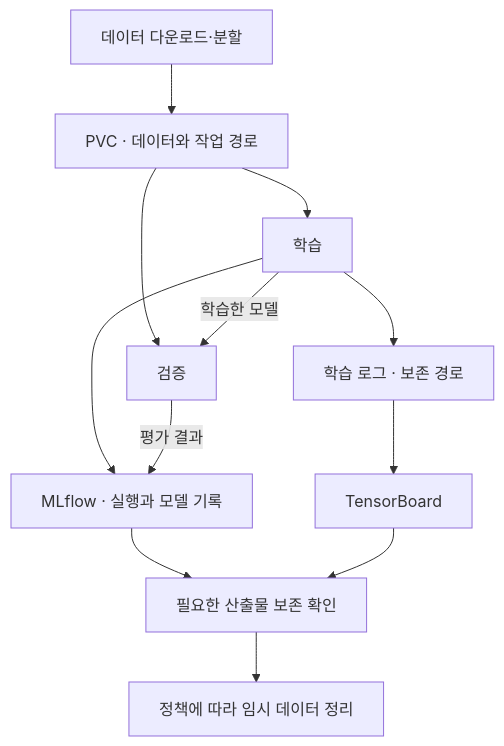
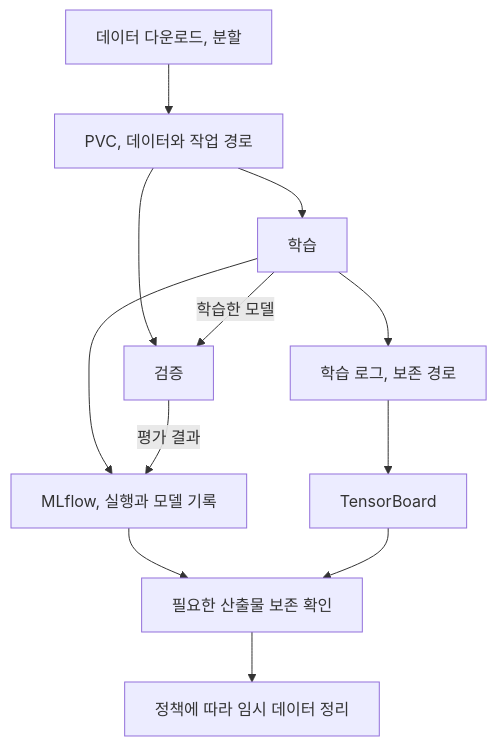
The diagram in content/docs/tech/machine-learning-platform-engineering/09-training-and-validation-2.md (johklo/johklo.github.io), drawn with Mermaid before and after one commit. The commit also changed other lines of this file and 14 other files, not shown here.

````diff
--- a/content/docs/tech/machine-learning-platform-engineering/09-training-and-validation-2.md
+++ b/content/docs/tech/machine-learning-platform-engineering/09-training-and-validation-2.md
@@ -24,16 +22,16 @@
 ```mermaid
 flowchart TD
     accTitle: 공유 볼륨과 학습 관측 산출물의 연결
     accDescr: 데이터를 PVC에 준비하면 학습과 검증이 볼륨에서 읽습니다. 학습 로그는 TensorBoard로, 실행 정보와 모델 산출물은 MLflow로 연결하며 필요한 보존이 끝난 뒤 임시 데이터를 정리합니다.
-    A["데이터 다운로드·분할"] --> P["PVC · 데이터와 작업 경로"]
+    A["데이터 다운로드, 분할"] --> P["PVC, 데이터와 작업 경로"]
     P --> B["학습"]
     P --> C["검증"]
     B -->|"학습한 모델"| C
-    B --> L["학습 로그 · 보존 경로"]
+    B --> L["학습 로그, 보존 경로"]
     L --> T["TensorBoard"]
-    B --> M["MLflow · 실행과 모델 기록"]
+    B --> M["MLflow, 실행과 모델 기록"]
     C -->|"평가 결과"| M
     M --> K["필요한 산출물 보존 확인"]
     T --> K
     K --> D["정책에 따라 임시 데이터 정리"]
 ```
````
